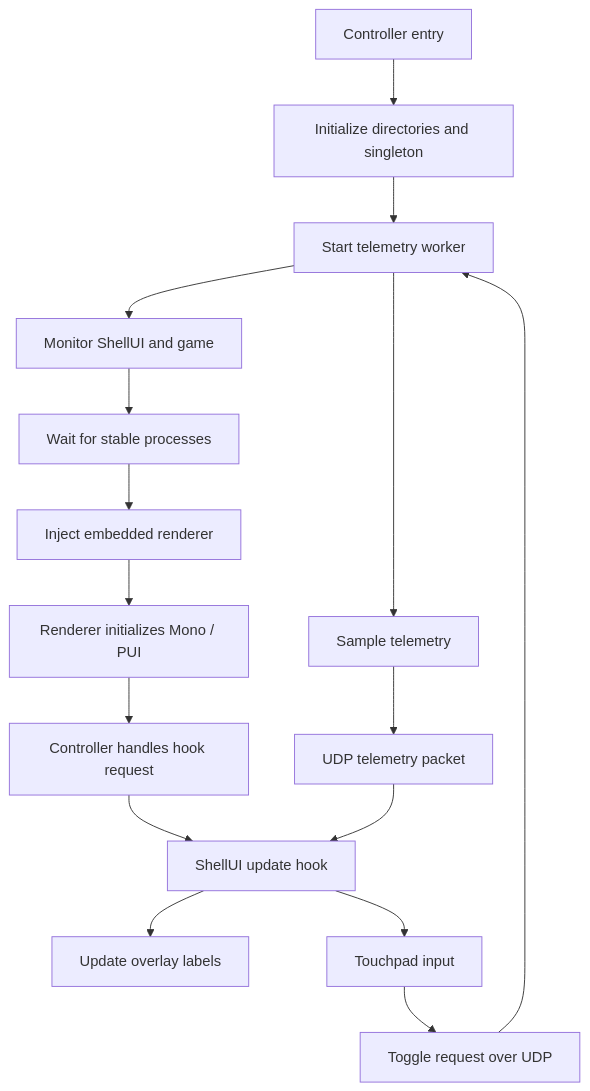
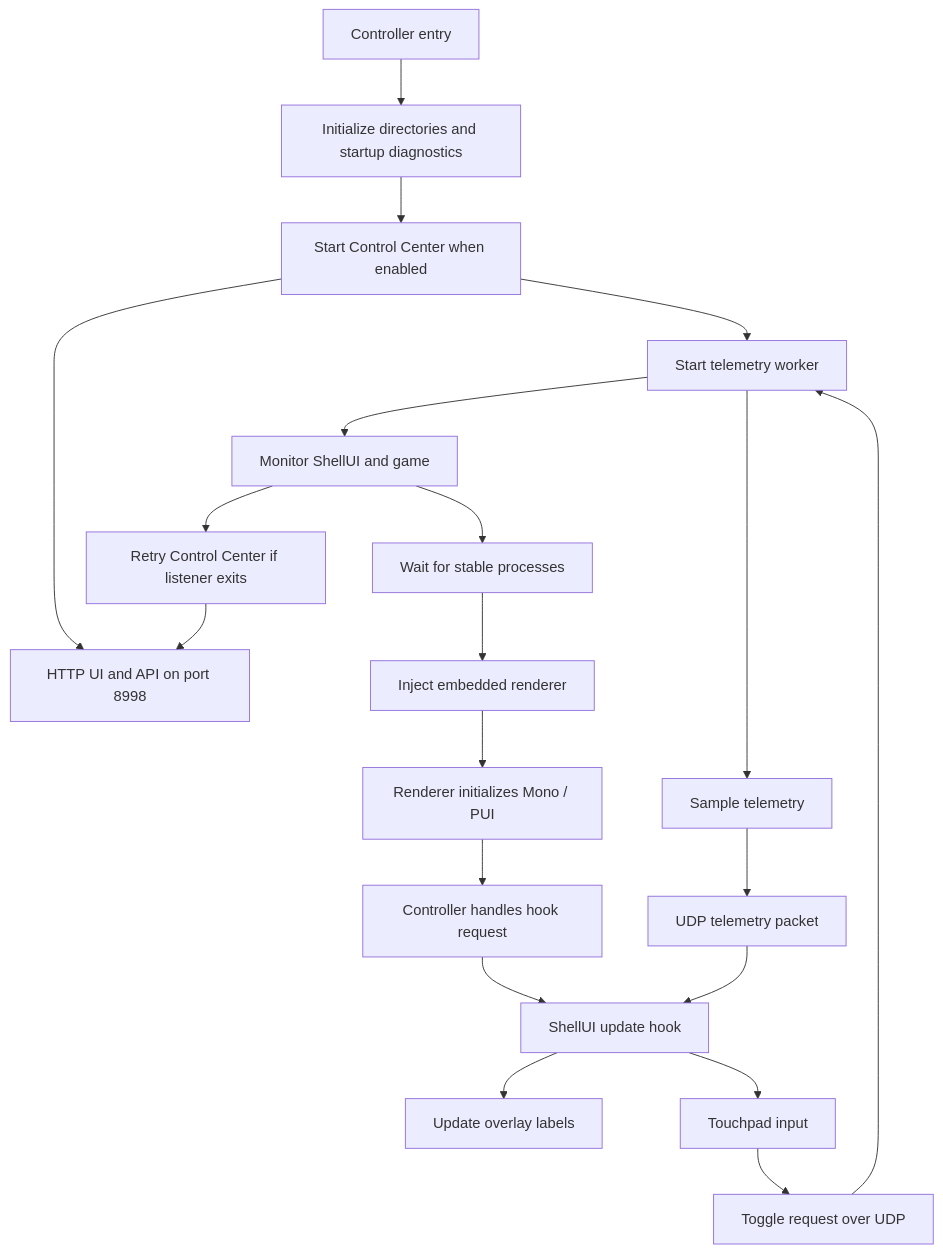
One commit to X1NONs/PrefBar changed the diagram in Docs/HOW_IT_WORKS.md. Above: the diagram before and after it, drawn with Mermaid. The commit also changed other lines of this file and 2 other files, not shown here.

Commit message:
Reconcile README and complete web documentation

````diff
--- a/Docs/HOW_IT_WORKS.md
+++ b/Docs/HOW_IT_WORKS.md
@@ -42,18 +46,22 @@
 ```mermaid
 flowchart TD
-    A["Controller entry"] --> B["Initialize directories and singleton"]
-    B --> C["Start telemetry worker"]
-    C --> D["Monitor ShellUI and game"]
-    D --> E["Wait for stable processes"]
-    E --> F["Inject embedded renderer"]
-    F --> G["Renderer initializes Mono / PUI"]
-    G --> H["Controller handles hook request"]
-    H --> I["ShellUI update hook"]
-    C --> J["Sample telemetry"]
-    J --> K["UDP telemetry packet"]
-    K --> I
-    I --> L["Update overlay labels"]
-    I --> M["Touchpad input"]
-    M --> N["Toggle request over UDP"]
-    N --> C
+    A["Controller entry"] --> B["Initialize directories and startup diagnostics"]
+    B --> C["Start Control Center when enabled"]
+    C --> W["HTTP UI and API on port 8998"]
+    C --> D["Start telemetry worker"]
+    D --> E["Monitor ShellUI and game"]
+    E --> F["Wait for stable processes"]
+    F --> G["Inject embedded renderer"]
+    G --> H["Renderer initializes Mono / PUI"]
+    H --> I["Controller handles hook request"]
+    I --> J["ShellUI update hook"]
+    D --> K["Sample telemetry"]
+    K --> L["UDP telemetry packet"]
+    L --> J
+    J --> M["Update overlay labels"]
+    J --> N["Touchpad input"]
+    N --> O["Toggle request over UDP"]
+    O --> D
+    E --> P["Retry Control Center if listener exits"]
+    P --> W
 ```
````
